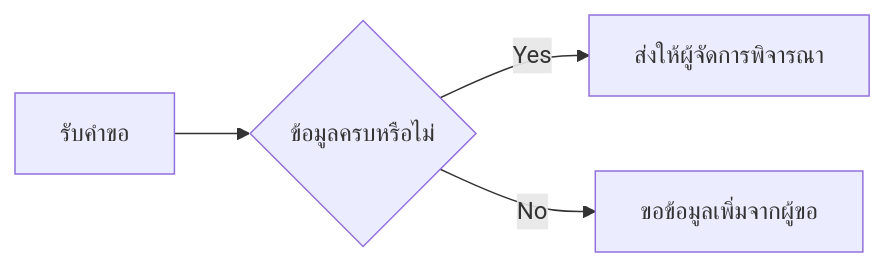
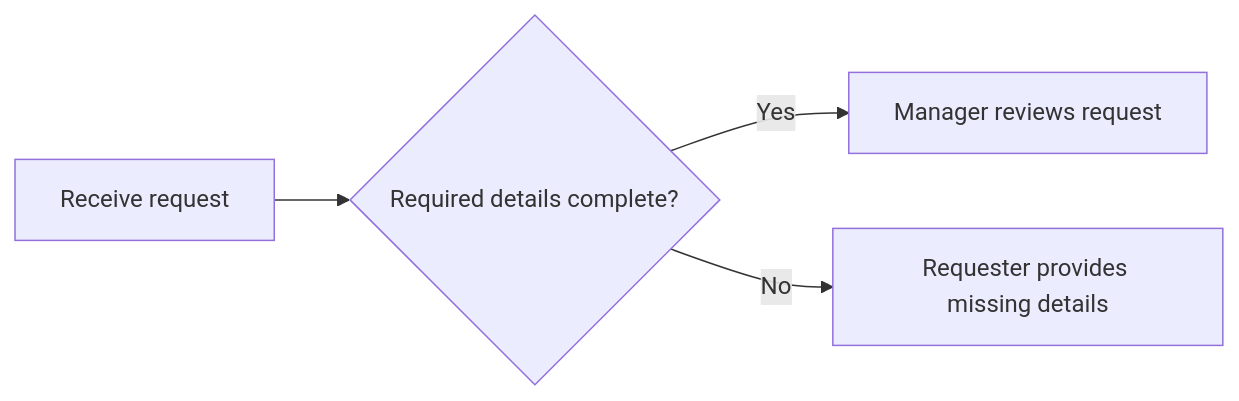
One commit to teerasej/power-automate-leadership-workshop changed the diagram in docs/exercises/04-workflow-blueprint.md. Above: the diagram before and after it, drawn with Mermaid. The commit also changed other lines of this file and 19 other files, not shown here.

````diff
--- a/docs/exercises/04-workflow-blueprint.md
+++ b/docs/exercises/04-workflow-blueprint.md
@@ -74,6 +92,6 @@
 ```mermaid
 flowchart LR
-    A["รับคำขอ"] --> B{"ข้อมูลครบหรือไม่"}
-    B -->|Yes| C["ส่งให้ผู้จัดการพิจารณา"]
-    B -->|No| D["ขอข้อมูลเพิ่มจากผู้ขอ"]
+    A["Receive request"] --> B{"Required details complete?"}
+    B -->|Yes| C["Manager reviews request"]
+    B -->|No| D["Requester provides missing details"]
 ```
````
